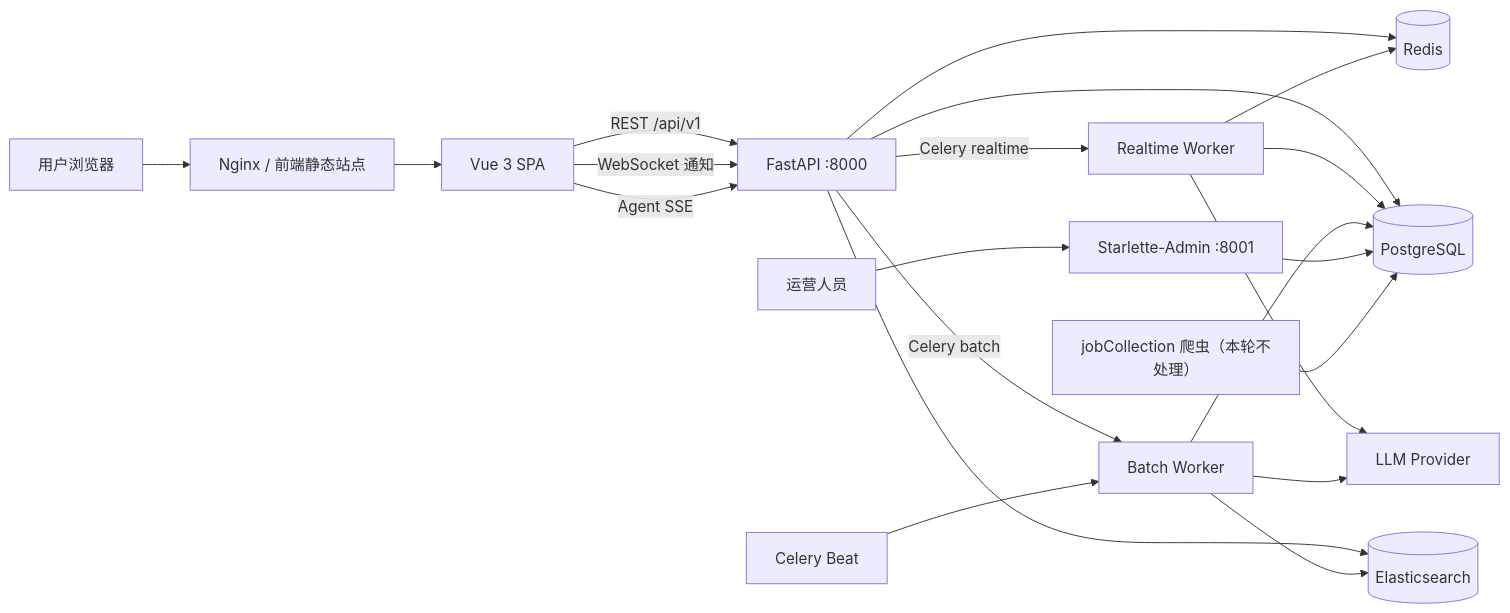
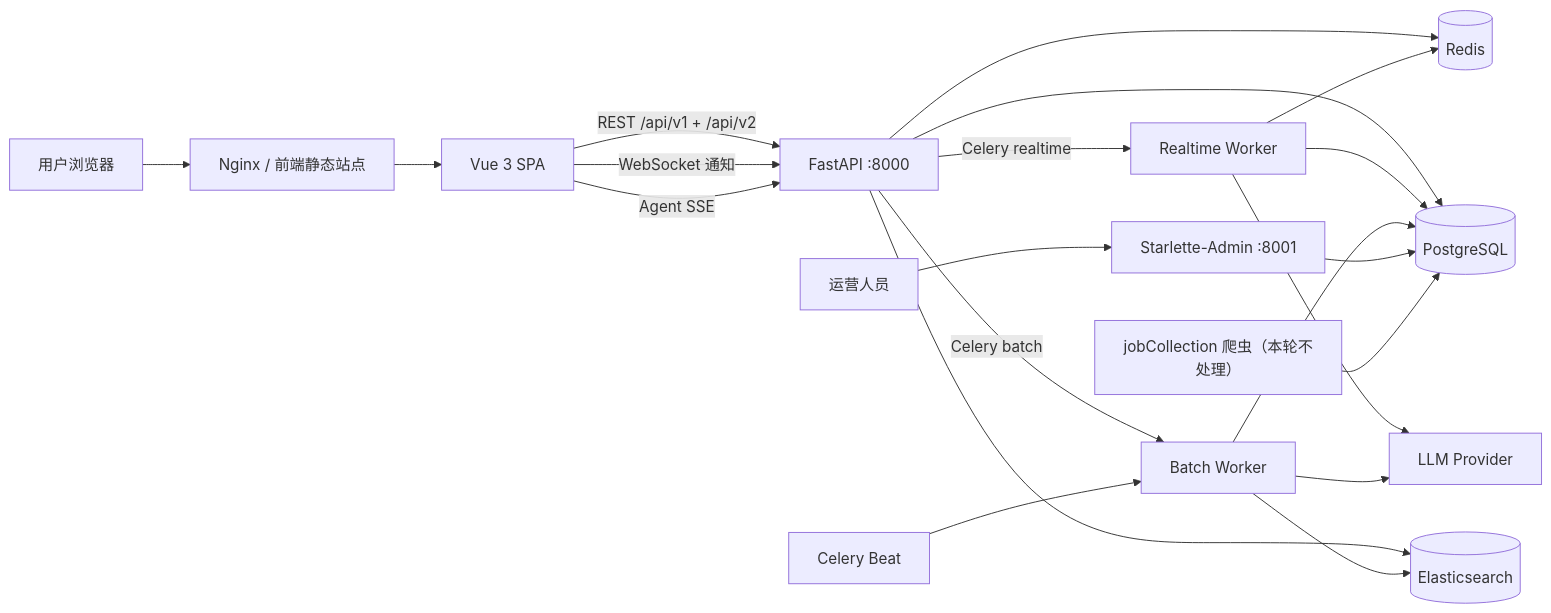
One commit to bo-ouyang/job changed the first of 5 diagrams in docs/PROJECT_ARCHITECTURE.md. Above: the diagram before and after it, drawn with Mermaid. The commit also changed other lines of this file and 66 other files, not shown here.

````diff
--- a/docs/PROJECT_ARCHITECTURE.md
+++ b/docs/PROJECT_ARCHITECTURE.md
@@ -21,25 +21,25 @@
 ```mermaid
 flowchart LR
     User["用户浏览器"] --> Nginx["Nginx / 前端静态站点"]
     Operator["运营人员"] --> Admin["Starlette-Admin :8001"]
     Nginx --> FE["Vue 3 SPA"]
-    FE -->|"REST /api/v1"| API["FastAPI :8000"]
+    FE -->|"REST /api/v1 + /api/v2"| API["FastAPI :8000"]
     FE -->|"WebSocket 通知"| API
     FE -->|"Agent SSE"| API
 
     API --> PG[(PostgreSQL)]
     API --> ES[(Elasticsearch)]
     API --> Redis[(Redis)]
     API -->|"Celery realtime"| RT["Realtime Worker"]
     API -->|"Celery batch"| Batch["Batch Worker"]
     Beat["Celery Beat"] --> Batch
     RT --> LLM["LLM Provider"]
     Batch --> LLM
     RT --> PG
     RT --> Redis
     Batch --> PG
     Batch --> ES
     Admin --> PG
 
     Crawler["jobCollection 爬虫（本轮不处理）"] --> PG
 ```
````
